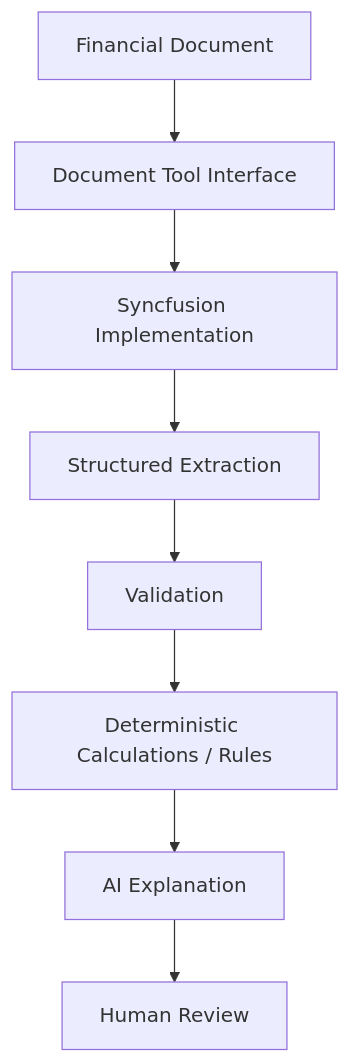
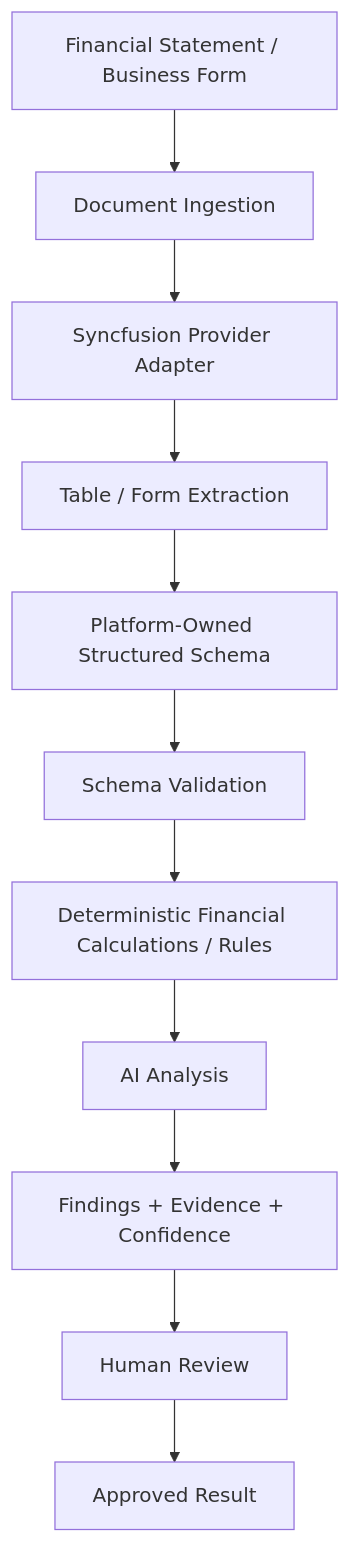
One commit to Milancho/ai-engineering-playbook changed the fifth of 5 diagrams in docs/research/Syncfusion-AI-Tools.md. Above: the diagram before and after it, drawn with Mermaid. The commit also changed other lines of this file, not shown here.

Commit message:
docs: consolidate Syncfusion Document Solutions findings

````diff
--- a/docs/research/Syncfusion-AI-Tools.md
+++ b/docs/research/Syncfusion-AI-Tools.md
@@ -77,10 +145,13 @@
 ```mermaid
 flowchart TD
-    A[Financial Document] --> B[Document Tool Interface]
-    B --> C[Syncfusion Implementation]
-    C --> D[Structured Extraction]
-    D --> E[Validation]
-    E --> F[Deterministic Calculations / Rules]
-    F --> G[AI Explanation]
-    G --> H[Human Review]
+    A[Financial Statement / Business Form] --> B[Document Ingestion]
+    B --> C[Syncfusion Provider Adapter]
+    C --> D[Table / Form Extraction]
+    D --> E[Platform-Owned Structured Schema]
+    E --> F[Schema Validation]
+    F --> G[Deterministic Financial Calculations / Rules]
+    G --> H[AI Analysis]
+    H --> I[Findings + Evidence + Confidence]
+    I --> J[Human Review]
+    J --> K[Approved Result]
 ```
````
